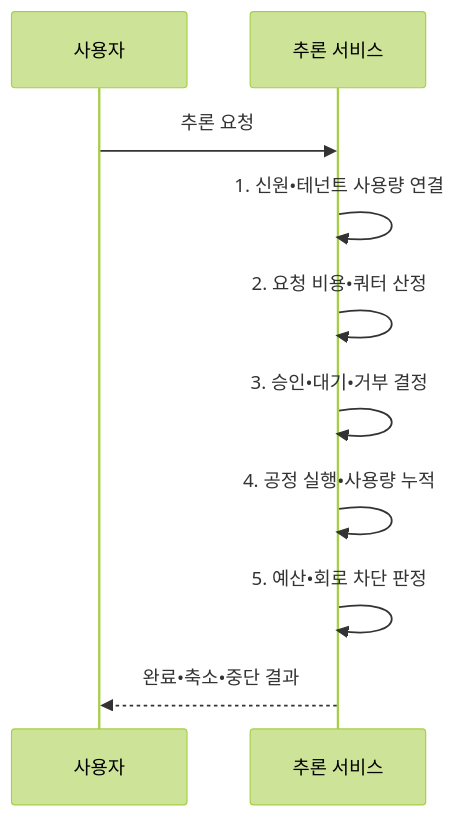
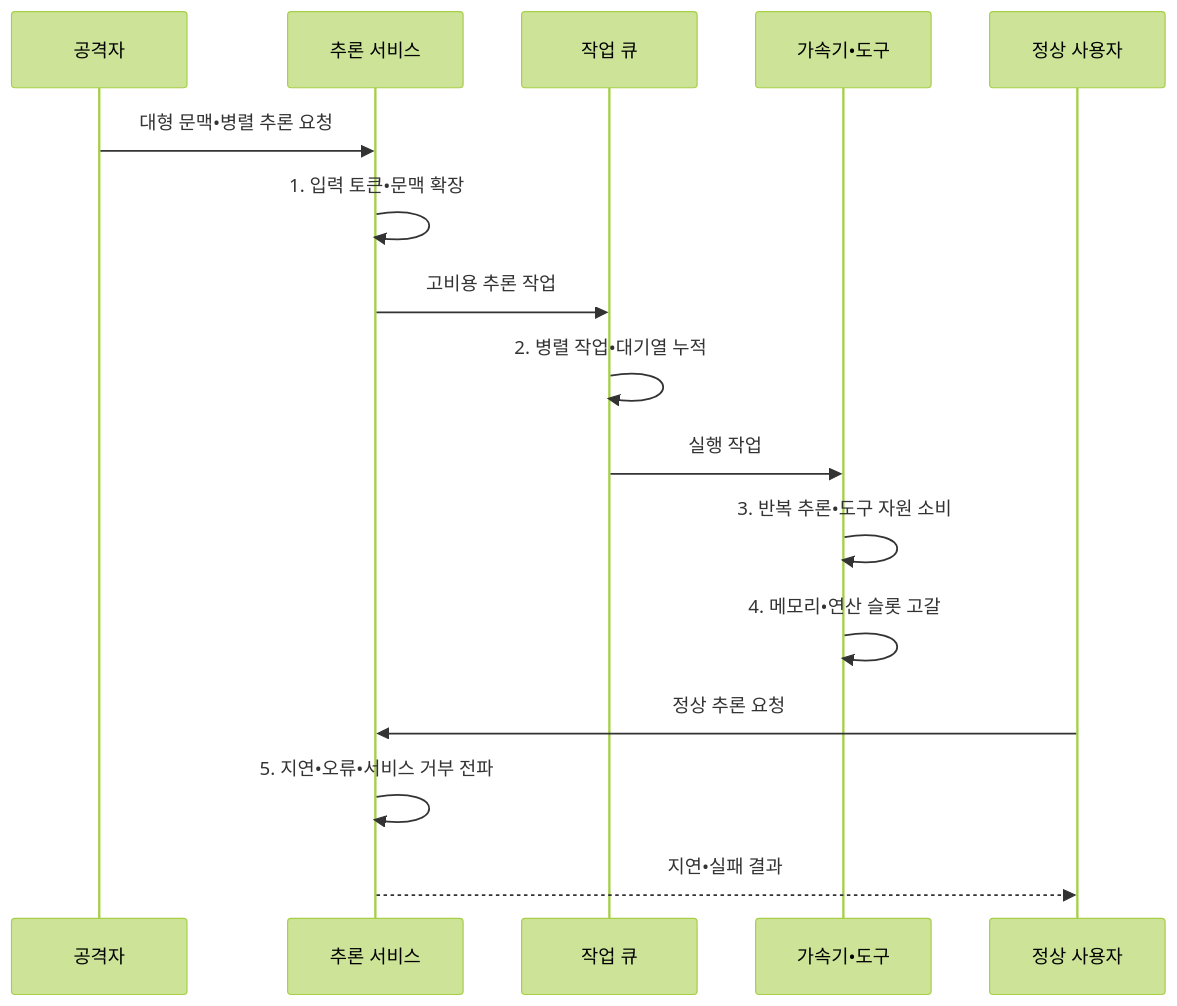
One commit to agnusdei1207/knowledge-base changed the second of 2 diagrams in src/content/docs/notes/05-security/087_model_denial_of_service.md. Above: the diagram before and after it, drawn with Mermaid (forest theme). The commit also changed other lines of this file and 14 other files, not shown here.

````diff
--- a/src/content/docs/notes/05-security/087_model_denial_of_service.md
+++ b/src/content/docs/notes/05-security/087_model_denial_of_service.md
@@ -105,12 +105,18 @@
 ```mermaid
 sequenceDiagram
-    participant U as 사용자
+    participant A as 공격자
     participant S as 추론 서비스
-    U->>S: 추론 요청
-    S->>S: 1. 신원•테넌트 사용량 연결
-    S->>S: 2. 요청 비용•쿼터 산정
-    S->>S: 3. 승인•대기•거부 결정
-    S->>S: 4. 공정 실행•사용량 누적
-    S->>S: 5. 예산•회로 차단 판정
-    S-->>U: 완료•축소•중단 결과
+    participant Q as 작업 큐
+    participant G as 가속기•도구
+    participant U as 정상 사용자
+    A->>S: 대형 문맥•병렬 추론 요청
+    S->>S: 1. 입력 토큰•문맥 확장
+    S->>Q: 고비용 추론 작업
+    Q->>Q: 2. 병렬 작업•대기열 누적
+    Q->>G: 실행 작업
+    G->>G: 3. 반복 추론•도구 자원 소비
+    G->>G: 4. 메모리•연산 슬롯 고갈
+    U->>S: 정상 추론 요청
+    S->>S: 5. 지연•오류•서비스 거부 전파
+    S-->>U: 지연•실패 결과
 ```
````
